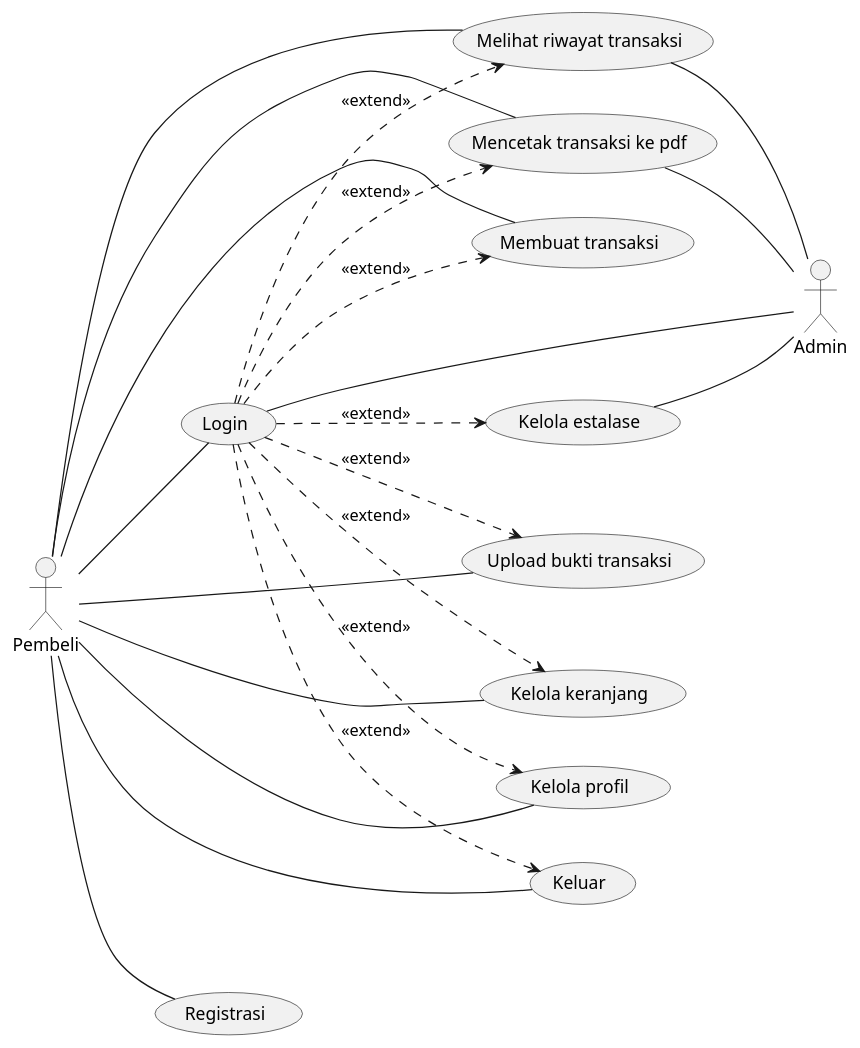
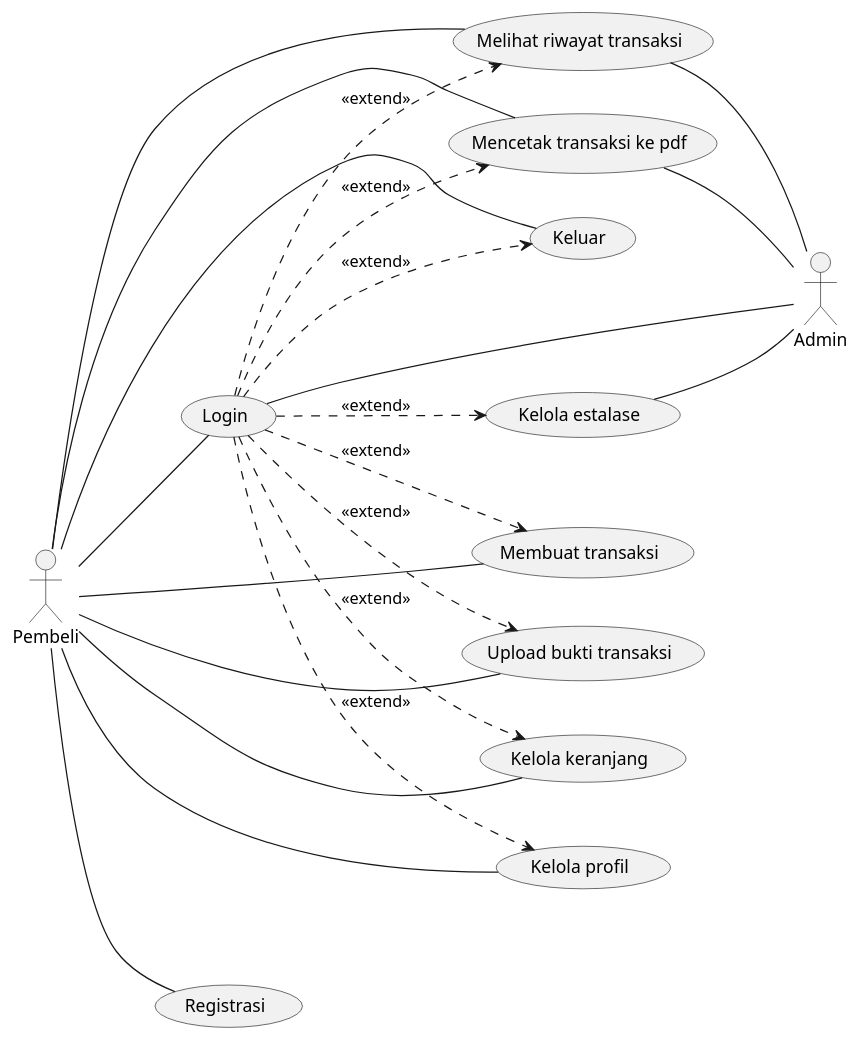
Before and after one commit to stnDinus/skpl_apbo_diagrams: the diagram in use_case.puml, drawn with PlantUML.

Commit message:
refactor: use case abbr

```diff
--- a/use_case.puml
+++ b/use_case.puml
@@ -1,32 +1,43 @@
 @startuml
 left to right direction
 
 actor Pembeli
 actor Admin
 
-Pembeli -- (Login)
-Pembeli -- (Registrasi)
-Pembeli -- (Membuat transaksi)
-Pembeli -- (Upload bukti transaksi)
-Pembeli -- (Melihat riwayat transaksi)
-Pembeli -- (Mencetak transaksi ke pdf)
-Pembeli -- (Kelola keranjang)
-Pembeli -- (Kelola profil)
-Pembeli -- (Keluar)
+(Login) as signin
+(Registrasi) as signup
+(Keluar) as signout
+(Membuat transaksi) as trx
+(Upload bukti transaksi) as up_trx_receipt
+(Melihat riwayat transaksi) as trx_history
+(Mencetak transaksi ke pdf) as pdf_trx
+(Kelola keranjang) as mng_cart
+(Kelola profil) as mng_profile
+(Kelola estalase) as stock
 
-(Login) -- Admin
-(Kelola estalase) -- Admin
-(Melihat riwayat transaksi) -- Admin
-(Mencetak transaksi ke pdf) -- Admin
+Pembeli -- signin
+Pembeli -- signup
+Pembeli -- trx
+Pembeli -- up_trx_receipt
+Pembeli -- trx_history
+Pembeli -- pdf_trx
+Pembeli -- mng_cart
+Pembeli -- mng_profile
+Pembeli -- signout
 
-(Login) ..> (Membuat transaksi): <<extend>>
-(Login) ..> (Upload bukti transaksi): <<extend>>
-(Login) ..> (Melihat riwayat transaksi): <<extend>>
-(Login) ..> (Mencetak transaksi ke pdf): <<extend>>
-(Login) ..> (Kelola keranjang): <<extend>>
-(Login) ..> (Kelola profil): <<extend>>
-(Login) ..> (Keluar): <<extend>>
+signin -- Admin
+stock -- Admin
+trx_history -- Admin
+pdf_trx -- Admin
 
-(Login) ..> (Kelola estalase): <<extend>>
+signin ..> trx: <<extend>>
+signin ..> up_trx_receipt: <<extend>>
+signin ..> trx_history: <<extend>>
+signin ..> pdf_trx: <<extend>>
+signin ..> mng_cart: <<extend>>
+signin ..> mng_profile: <<extend>>
+signin ..> signout: <<extend>>
+
+signin ..> stock: <<extend>>
 
 @enduml
```
